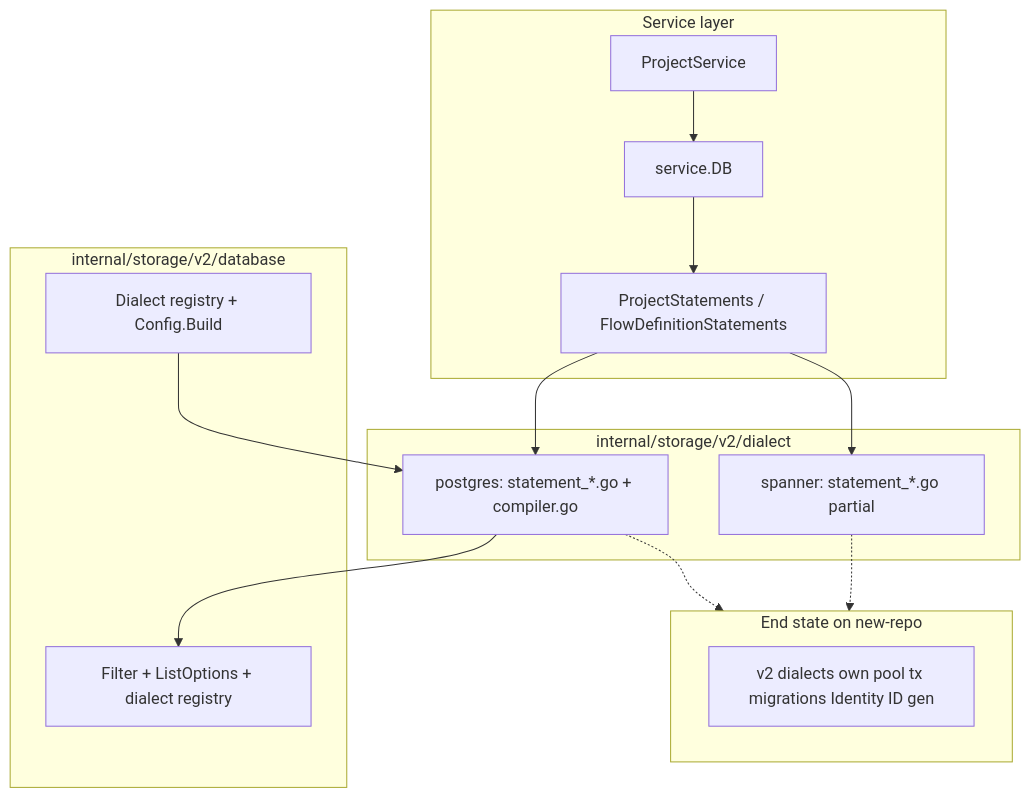
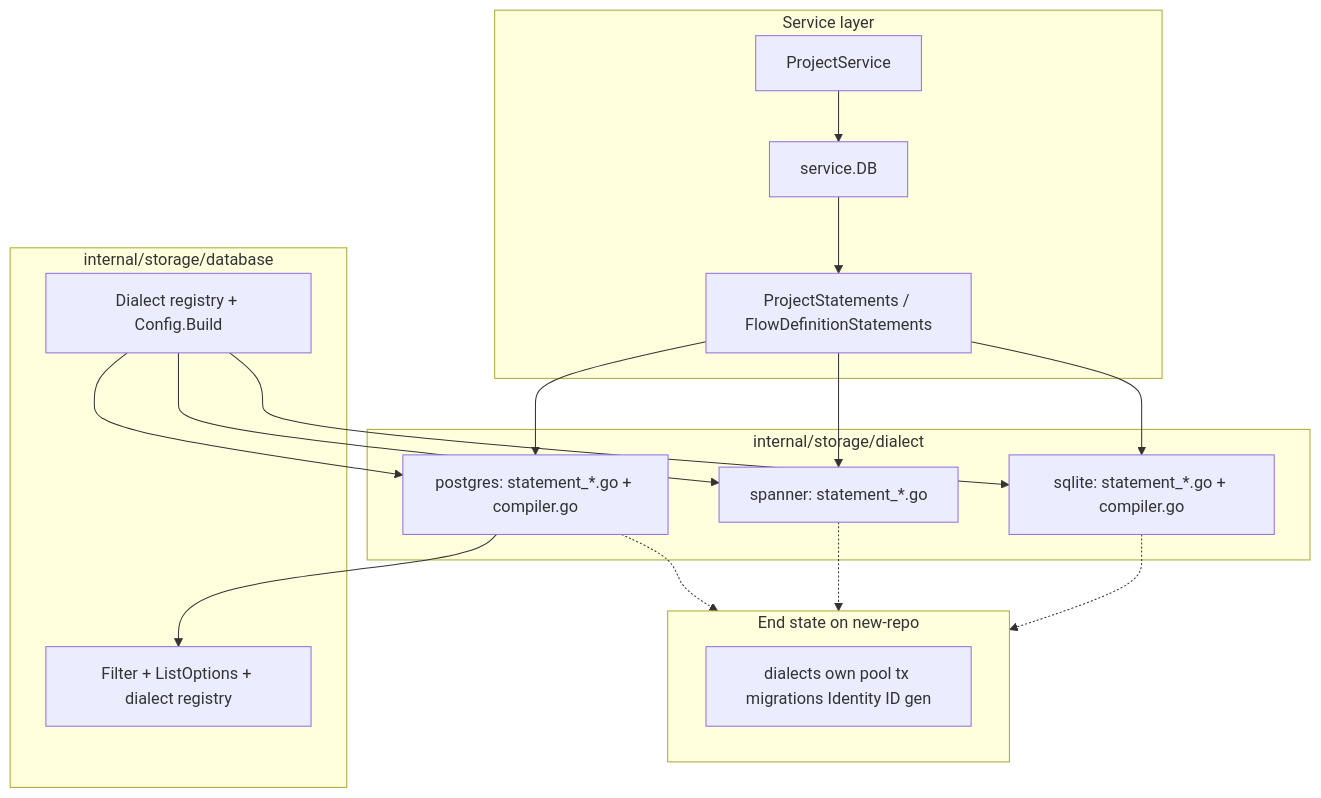
One commit to zitadel/nextgen changed the first of 2 diagrams in docs/adrs/028-storage-v2-statements-and-dialects.md. Above: the diagram before and after it, drawn with Mermaid. The commit also changed other lines of this file and 23 other files, not shown here.

First line of the commit message:
docs: document SQLite, PostgreSQL, and Spanner backends (#845)

````diff
--- a/docs/adrs/028-storage-v2-statements-and-dialects.md
+++ b/docs/adrs/028-storage-v2-statements-and-dialects.md
@@ -121,28 +127,33 @@
 ```mermaid
 flowchart TB
     subgraph serviceLayer [Service layer]
         ProjectService
         StatementIfaces["ProjectStatements / FlowDefinitionStatements"]
         serviceDB["service.DB"]
     end
-    subgraph v2core [internal/storage/v2/database]
+    subgraph storageCore [internal/storage/database]
         CoreTypes["Filter + ListOptions + dialect registry"]
         DialectReg["Dialect registry + Config.Build"]
     end
-    subgraph dialects [internal/storage/v2/dialect]
+    subgraph dialects [internal/storage/dialect]
         pg["postgres: statement_*.go + compiler.go"]
-        sp["spanner: statement_*.go partial"]
+        sp["spanner: statement_*.go"]
+        sq["sqlite: statement_*.go + compiler.go"]
     end
     subgraph endState [End state on new-repo]
-        v2Only["v2 dialects own pool tx migrations Identity ID gen"]
+        v2Only["dialects own pool tx migrations Identity ID gen"]
     end
 
     ProjectService --> serviceDB
     serviceDB --> StatementIfaces
     StatementIfaces --> pg
     StatementIfaces --> sp
+    StatementIfaces --> sq
     pg --> CoreTypes
     DialectReg --> pg
+    DialectReg --> sp
+    DialectReg --> sq
     pg -.-> endState
     sp -.-> endState
+    sq -.-> endState
 ```
````
